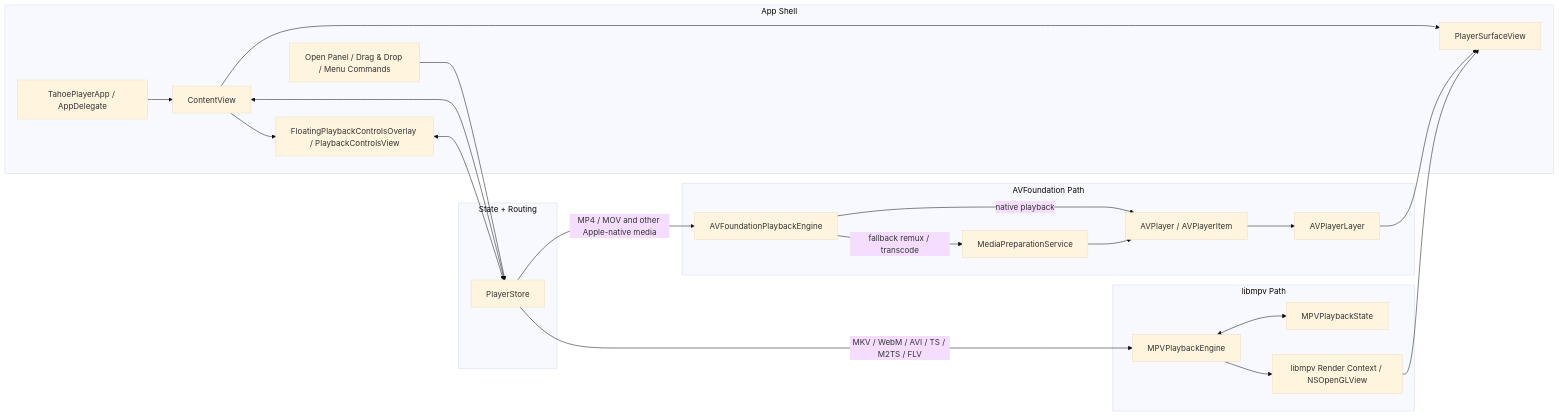
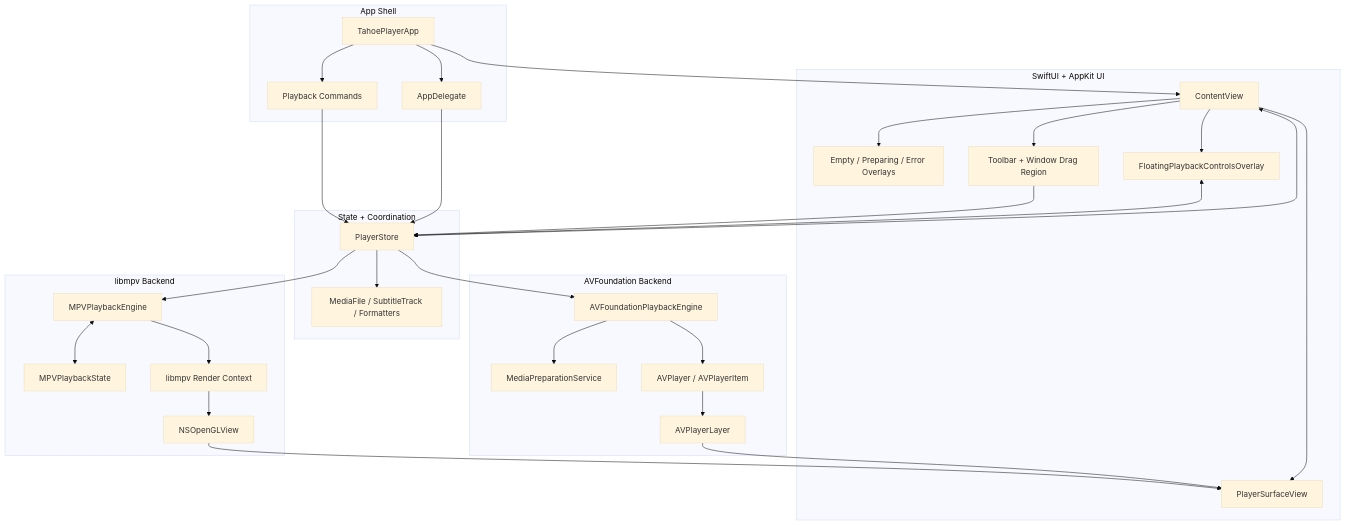
One commit to ehzawad/tahoe-player changed the first of 4 diagrams in README.md. Above: the diagram before and after it, drawn with Mermaid (base theme). The commit also changed other lines of this file, not shown here.

````diff
--- a/README.md
+++ b/README.md
@@ -43,47 +49,62 @@
 ```mermaid
-flowchart LR
-  subgraph App["App Shell"]
-    AppEntry["TahoePlayerApp / AppDelegate"]
+flowchart TB
+  subgraph Shell["App Shell"]
+    AppEntry["TahoePlayerApp"]
+    Delegate["AppDelegate"]
+    Commands["Playback Commands"]
+  end
+
+  subgraph UI["SwiftUI + AppKit UI"]
     Content["ContentView"]
-    Inputs["Open Panel / Drag & Drop / Menu Commands"]
-    Controls["FloatingPlaybackControlsOverlay / PlaybackControlsView"]
+    EmptyState["Empty / Preparing / Error Overlays"]
+    Toolbar["Toolbar + Window Drag Region"]
+    Controls["FloatingPlaybackControlsOverlay"]
     Surface["PlayerSurfaceView"]
   end
 
-  subgraph State["State + Routing"]
+  subgraph State["State + Coordination"]
     Store["PlayerStore"]
+    Model["MediaFile / SubtitleTrack / Formatters"]
   end
 
-  subgraph AVF["AVFoundation Path"]
+  subgraph AVF["AVFoundation Backend"]
     AVEngine["AVFoundationPlaybackEngine"]
     Prep["MediaPreparationService"]
     AVPlayerNode["AVPlayer / AVPlayerItem"]
     AVLayer["AVPlayerLayer"]
   end
 
-  subgraph MPV["libmpv Path"]
+  subgraph MPV["libmpv Backend"]
     MPVEngine["MPVPlaybackEngine"]
     MPVState["MPVPlaybackState"]
-    MPVRender["libmpv Render Context / NSOpenGLView"]
+    MPVRender["libmpv Render Context"]
+    MPVView["NSOpenGLView"]
   end
 
+  AppEntry --> Delegate
   AppEntry --> Content
-  Inputs --> Store
+  AppEntry --> Commands
+  Delegate --> Store
+  Commands --> Store
+
+  Content --> EmptyState
+  Content --> Toolbar
+  Content --> Controls
+  Content --> Surface
   Content <--> Store
   Controls <--> Store
-  Content --> Controls
-  Content --> Surface
+  Toolbar --> Store
+  Store --> Model
 
-  Store -->|"MP4 / MOV and other Apple-native media"| AVEngine
-  Store -->|"MKV / WebM / AVI / TS / M2TS / FLV"| MPVEngine
-
-  AVEngine -->|"native playback"| AVPlayerNode
-  AVEngine -->|"fallback remux / transcode"| Prep
-  Prep --> AVPlayerNode
+  Store --> AVEngine
+  Store --> MPVEngine
+  AVEngine --> Prep
+  AVEngine --> AVPlayerNode
   AVPlayerNode --> AVLayer
   AVLayer --> Surface
 
   MPVEngine <--> MPVState
   MPVEngine --> MPVRender
-  MPVRender --> Surface
+  MPVRender --> MPVView
+  MPVView --> Surface
 ```
````
